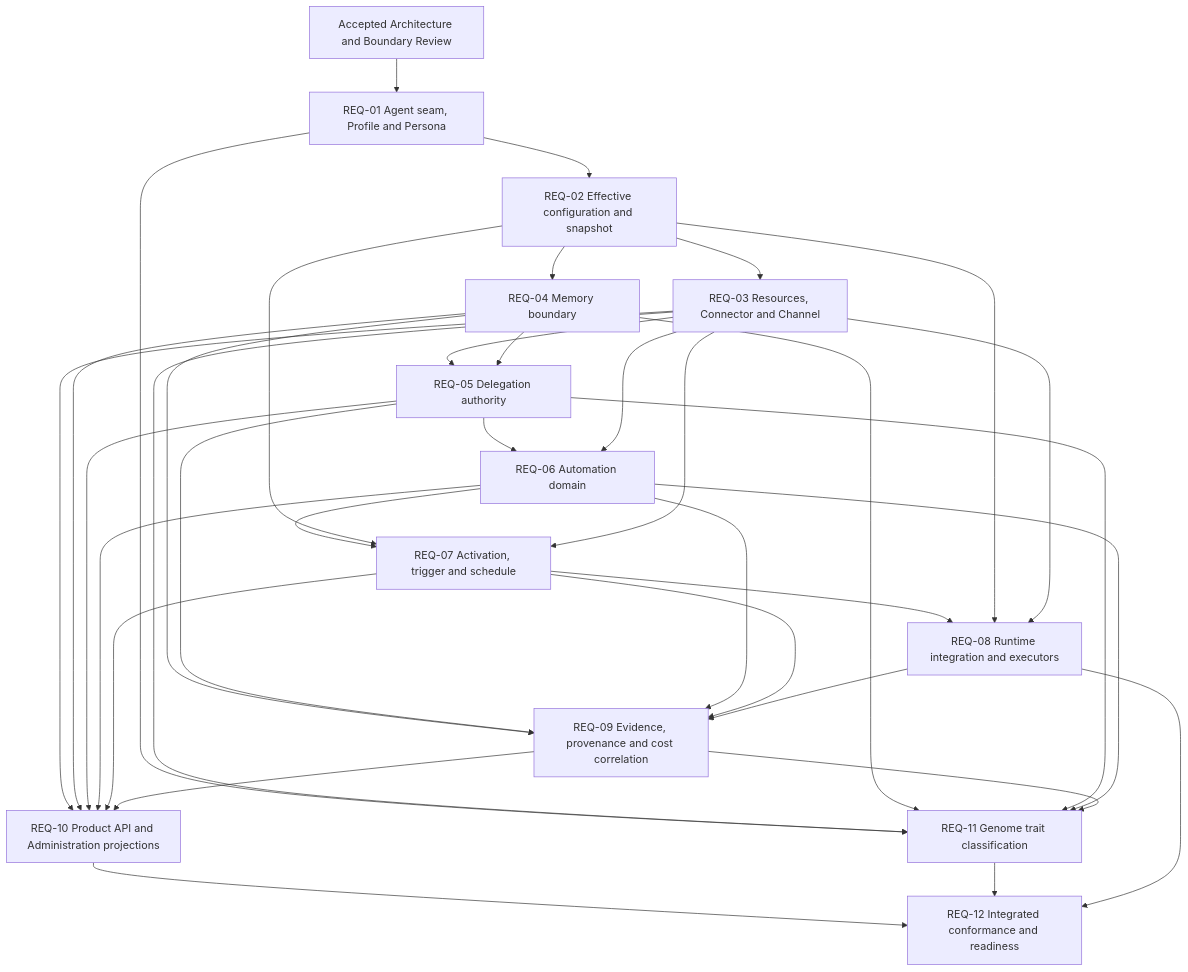
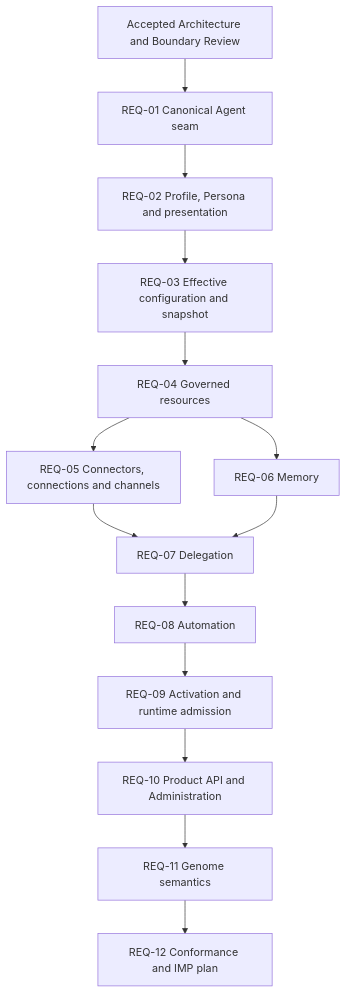
One commit to Axodus/ACS changed the diagram in docs/epics/epic-17/dependency-graph.md. Above: the diagram before and after it, drawn with Mermaid. The commit also changed other lines of this file and 13 other files, not shown here.

First line of the commit message:
docs(epic-17): define REQ-01 canonical agent seam

````diff
--- a/docs/epics/epic-17/dependency-graph.md
+++ b/docs/epics/epic-17/dependency-graph.md
@@ -25,51 +14,30 @@
 ```mermaid
 flowchart TD
     BR[Accepted Architecture and Boundary Review]
-    R01[REQ-01 Agent seam, Profile and Persona]
-    R02[REQ-02 Effective configuration and snapshot]
-    R03[REQ-03 Resources, Connector and Channel]
-    R04[REQ-04 Memory boundary]
-    R05[REQ-05 Delegation authority]
-    R06[REQ-06 Automation domain]
-    R07[REQ-07 Activation, trigger and schedule]
-    R08[REQ-08 Runtime integration and executors]
-    R09[REQ-09 Evidence, provenance and cost correlation]
-    R10[REQ-10 Product API and Administration projections]
-    R11[REQ-11 Genome trait classification]
-    R12[REQ-12 Integrated conformance and readiness]
+    R01[REQ-01 Canonical Agent seam]
+    R02[REQ-02 Profile, Persona and presentation]
+    R03[REQ-03 Effective configuration and snapshot]
+    R04[REQ-04 Governed resources]
+    R05[REQ-05 Connectors, connections and channels]
+    R06[REQ-06 Memory]
+    R07[REQ-07 Delegation]
+    R08[REQ-08 Automation]
+    R09[REQ-09 Activation and runtime admission]
+    R10[REQ-10 Product API and Administration]
+    R11[REQ-11 Genome semantics]
+    R12[REQ-12 Conformance and IMP plan]
 
     BR --> R01
     R01 --> R02
     R02 --> R03
-    R02 --> R04
-    R03 --> R05
+    R03 --> R04
     R04 --> R05
-    R05 --> R06
-    R03 --> R06
+    R04 --> R06
+    R05 --> R07
     R06 --> R07
-    R02 --> R07
-    R03 --> R07
     R07 --> R08
-    R02 --> R08
-    R03 --> R08
-    R04 --> R09
-    R05 --> R09
-    R06 --> R09
-    R07 --> R09
     R08 --> R09
-    R03 --> R10
-    R04 --> R10
-    R05 --> R10
-    R06 --> R10
-    R07 --> R10
     R09 --> R10
-    R01 --> R11
-    R03 --> R11
-    R04 --> R11
-    R05 --> R11
-    R06 --> R11
-    R09 --> R11
-    R10 --> R12
+    R10 --> R11
     R11 --> R12
-    R08 --> R12
 ```
````
